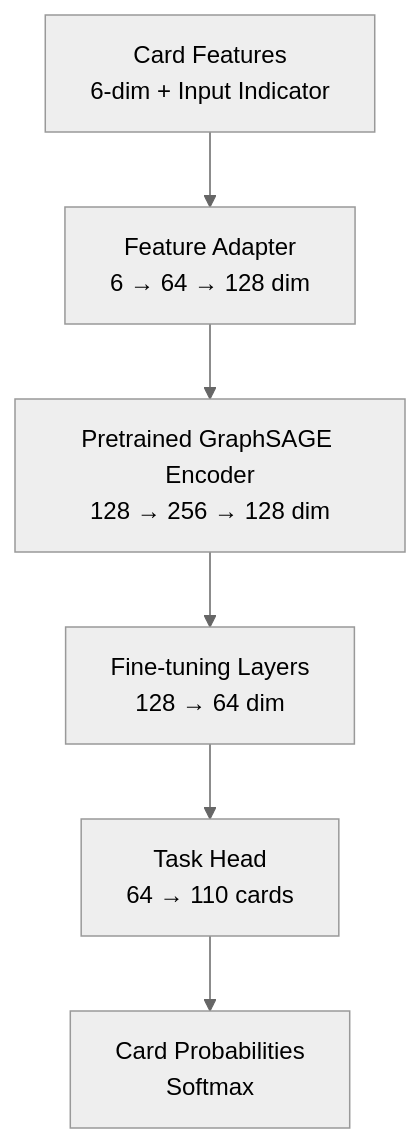
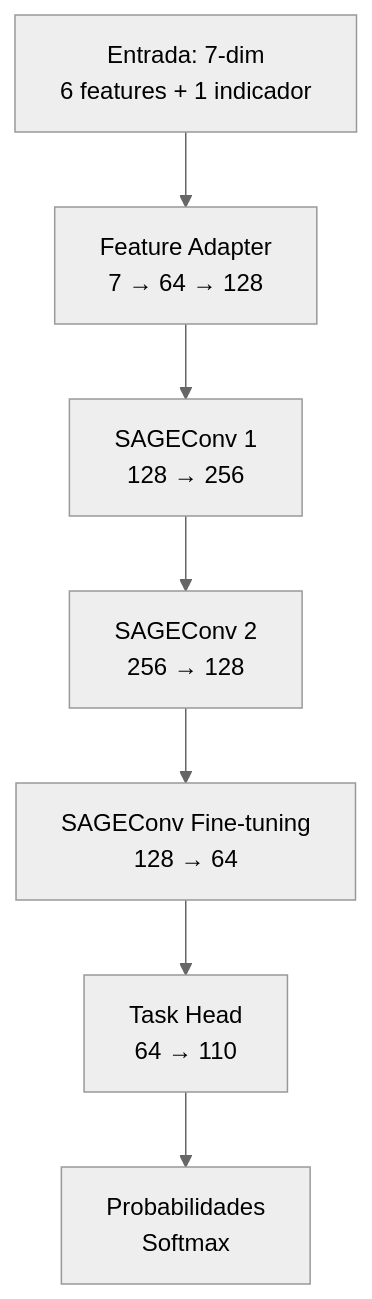
One commit to BraulioLoz/ClashRoyalGNN changed the diagram in README.md. Above: the diagram before and after it, drawn with Mermaid (neutral theme). The commit also changed other lines of this file, not shown here.

````diff
--- a/README.md
+++ b/README.md
@@ -20,8 +39,9 @@
 ```mermaid
 graph TD
-    Input[Card Features<br/>6-dim + Input Indicator] --> Adapter[Feature Adapter<br/>6 → 64 → 128 dim]
-    Adapter --> Encoder[Pretrained GraphSAGE Encoder<br/>128 → 256 → 128 dim]
-    Encoder --> Finetune[Fine-tuning Layers<br/>128 → 64 dim]
-    Finetune --> Head[Task Head<br/>64 → 110 cards]
-    Head --> Output[Card Probabilities<br/>Softmax]
+    Input[Entrada: 7-dim<br/>6 features + 1 indicador] --> Adapter[Feature Adapter<br/>7 → 64 → 128]
+    Adapter --> Encoder1[SAGEConv 1<br/>128 → 256]
+    Encoder1 --> Encoder2[SAGEConv 2<br/>256 → 128]
+    Encoder2 --> Finetune[SAGEConv Fine-tuning<br/>128 → 64]
+    Finetune --> Head[Task Head<br/>64 → 110]
+    Head --> Output[Probabilidades<br/>Softmax]
 ```
````
